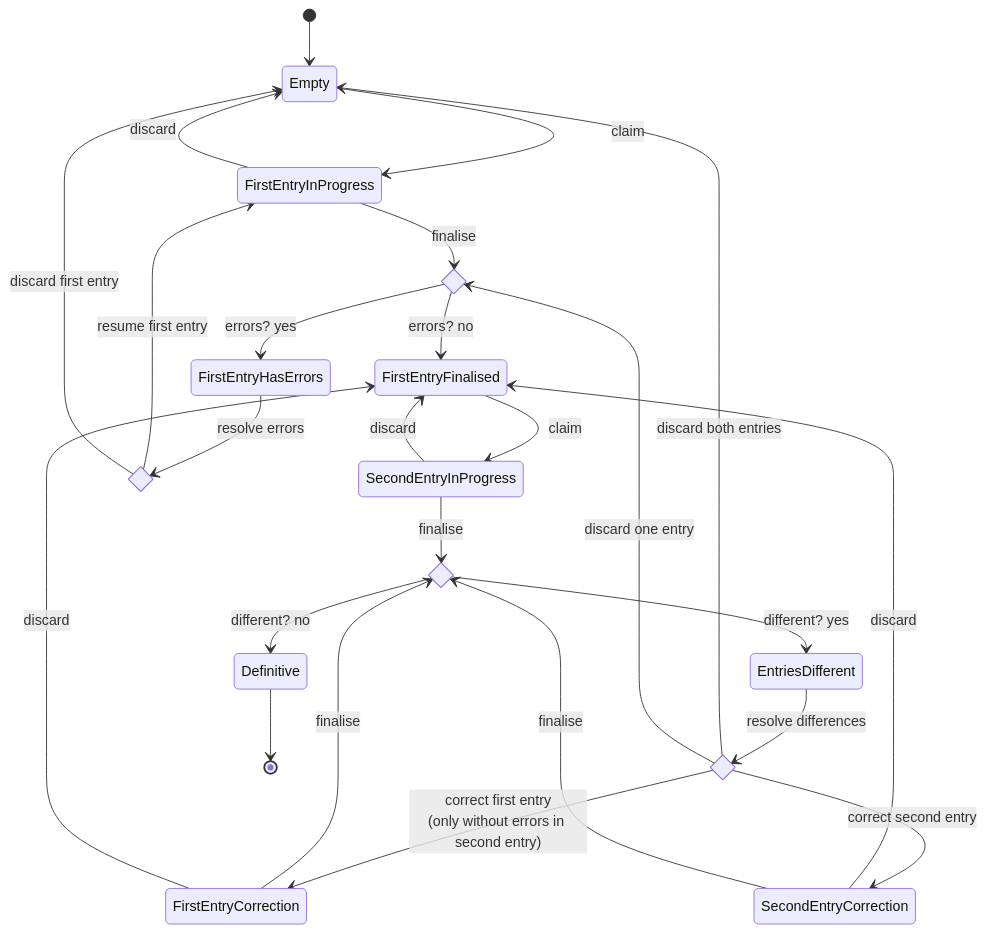
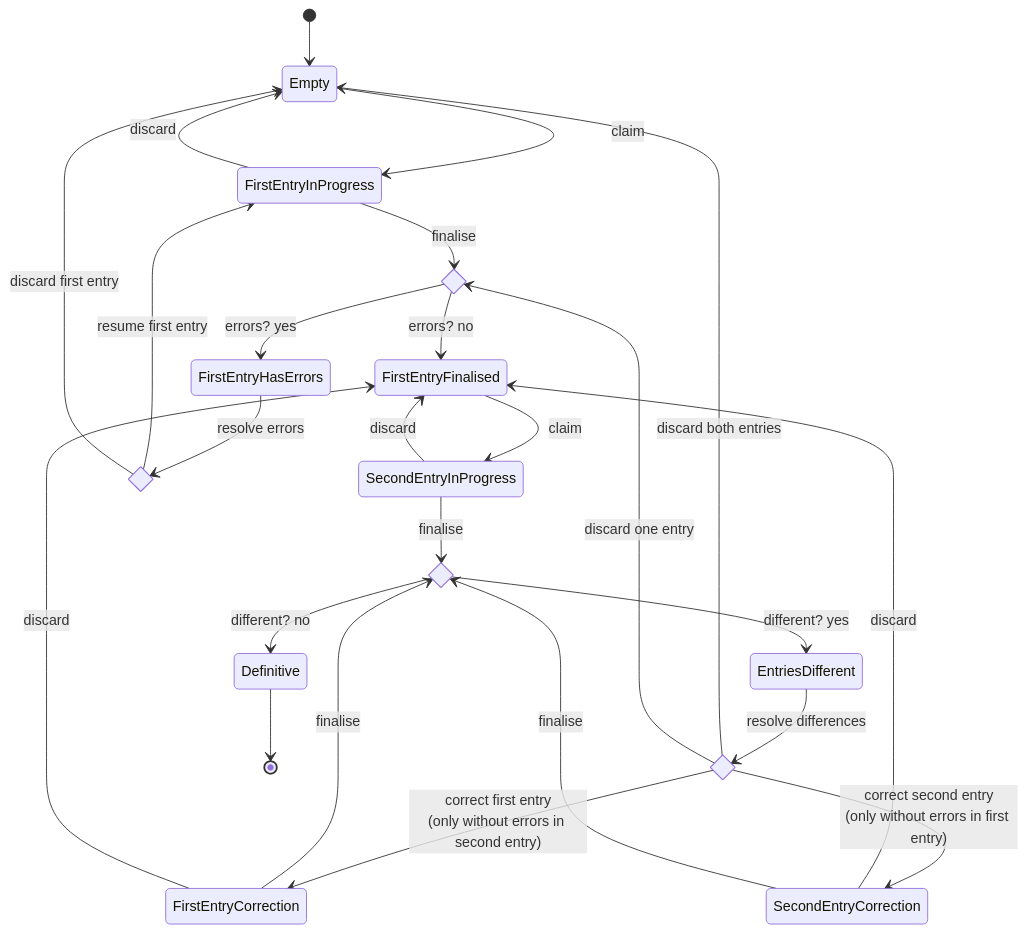
The diagram in documentatie/state-machines/data-entry-state.md (kiesraad/abacus), drawn with Mermaid before and after one commit. The commit also changed other lines of this file and 13 other files, not shown here.

Commit message:
Resolving differences for first entry with errors (#3739)

````diff
--- a/documentatie/state-machines/data-entry-state.md
+++ b/documentatie/state-machines/data-entry-state.md
@@ -25,38 +29,38 @@
 ```mermaid
 stateDiagram-v2
   [*] --> Empty
   Empty --> FirstEntryInProgress: claim
 
   state first_has_errors <<choice>>
   FirstEntryInProgress --> first_has_errors: finalise
   FirstEntryInProgress --> Empty: discard
   first_has_errors --> FirstEntryFinalised: errors? no
   first_has_errors --> FirstEntryHasErrors: errors? yes
 
   FirstEntryFinalised --> SecondEntryInProgress: claim
   SecondEntryInProgress --> FirstEntryFinalised: discard
 
   state resolve_errors <<choice>>
   FirstEntryHasErrors --> resolve_errors: resolve errors
   resolve_errors --> FirstEntryInProgress: resume first entry
   resolve_errors --> Empty: discard first entry
   
   state is_different <<choice>>
   SecondEntryInProgress --> is_different: finalise
   is_different --> EntriesDifferent: different? yes
   is_different --> Definitive: different? no
   
   state resolve_differences <<choice>>
   EntriesDifferent --> resolve_differences: resolve differences
   resolve_differences --> Empty: discard both entries
   resolve_differences --> first_has_errors: discard one entry
   resolve_differences --> FirstEntryCorrection: correct first entry<br>(only without errors in second entry)
-  resolve_differences --> SecondEntryCorrection: correct second entry
+  resolve_differences --> SecondEntryCorrection: correct second entry<br>(only without errors in first entry)
 
   FirstEntryCorrection --> is_different: finalise
   FirstEntryCorrection --> FirstEntryFinalised: discard
   SecondEntryCorrection --> FirstEntryFinalised: discard
   SecondEntryCorrection --> is_different: finalise
 
   Definitive --> [*]
 ```
````
